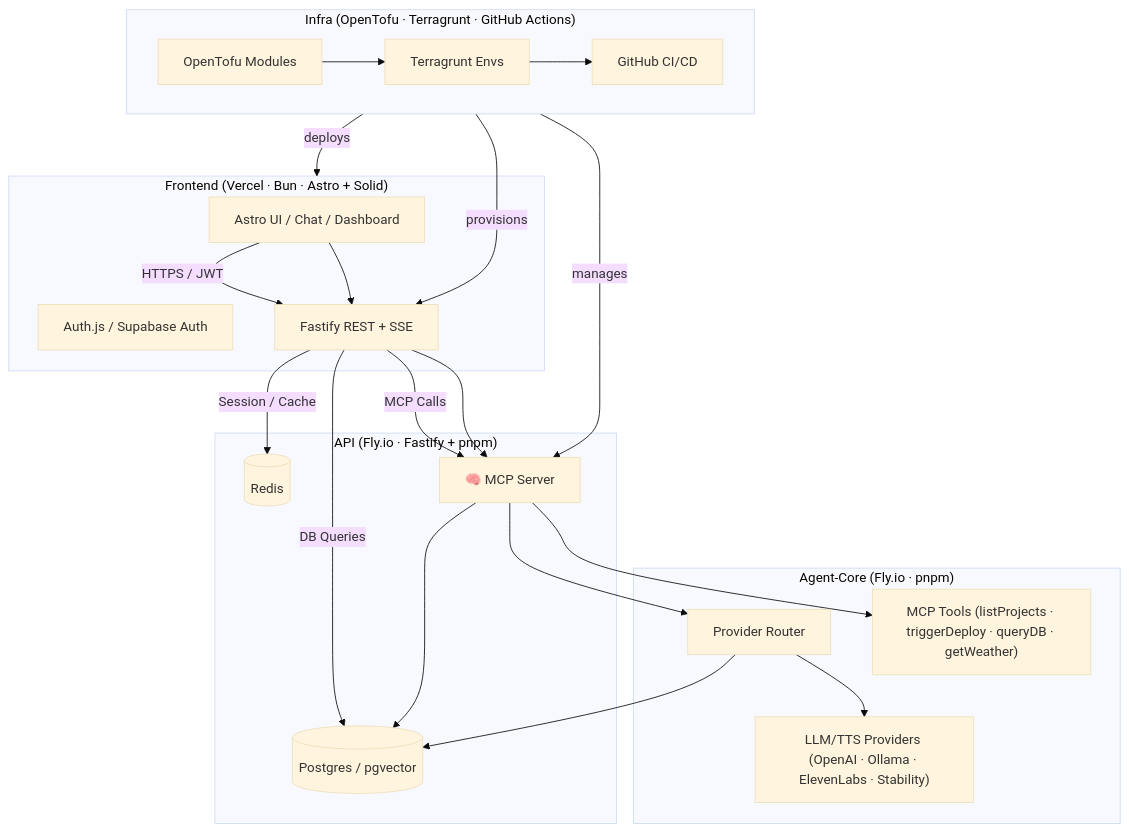
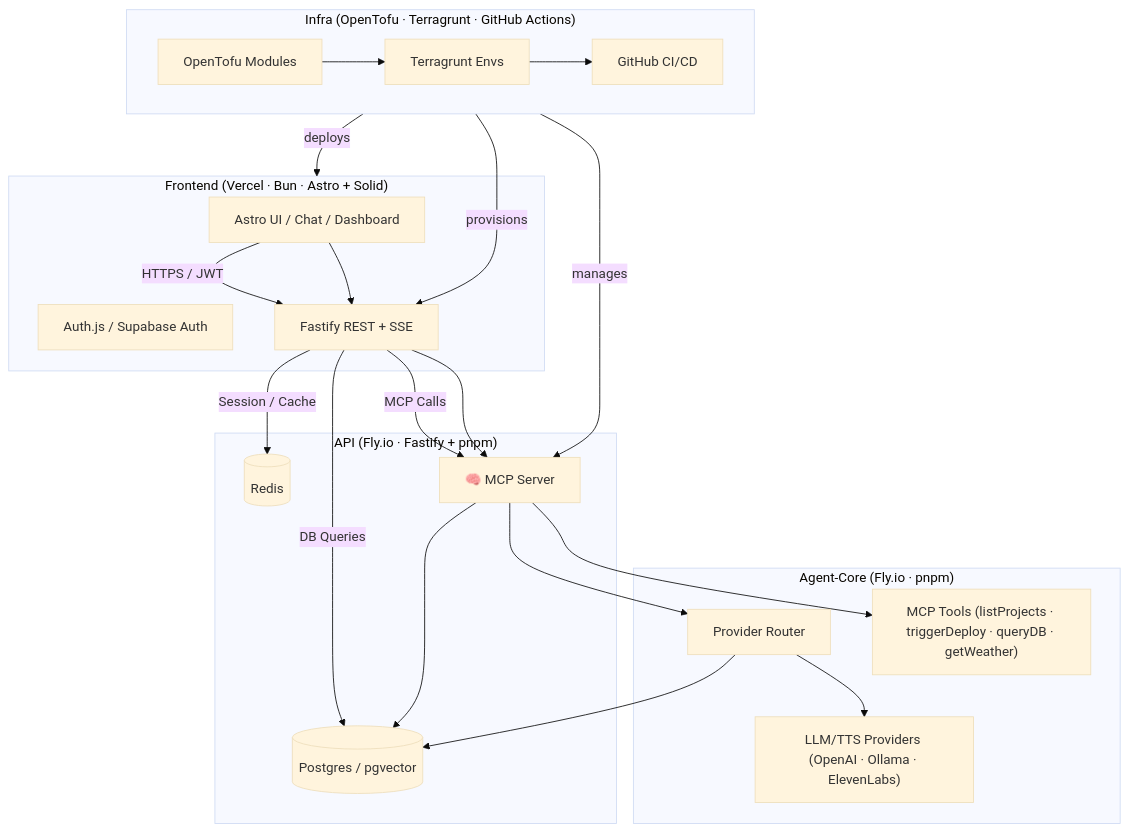
The diagram in docs/architecture.md (LevelNine-Services/levelnine-blueprint), drawn with Mermaid (base theme) before and after one commit. The commit also changed other lines of this file and 1 other file, not shown here.

Commit message:
chore: drop stability provider references

````diff
--- a/docs/architecture.md
+++ b/docs/architecture.md
@@ -9,41 +9,41 @@
 ```mermaid
 flowchart TD
     subgraph CLIENT["Frontend (Vercel · Bun · Astro + Solid)"]
       UI[Astro UI / Chat / Dashboard]
       AUTH[Auth.js / Supabase Auth]
       UI -->|"HTTPS / JWT"| API
     end
 
     subgraph API_LAYER["API (Fly.io · Fastify + pnpm)"]
       API[Fastify REST + SSE]
       DB[(Postgres / pgvector)]
       CACHE[(Redis)]
       API -->|"DB Queries"| DB
       API -->|"Session / Cache"| CACHE
       API -->|"MCP Calls"| MCP
     end
 
     subgraph AI_CORE["Agent-Core (Fly.io · pnpm)"]
       MCP["🧠 MCP Server"]
       ROUTER["Provider Router"]
       TOOLS["MCP Tools (listProjects · triggerDeploy · queryDB · getWeather)"]
-      PROVIDERS["LLM/TTS Providers (OpenAI · Ollama · ElevenLabs · Stability)"]
+      PROVIDERS["LLM/TTS Providers (OpenAI · Ollama · ElevenLabs)"]
       MCP --> ROUTER --> PROVIDERS
       ROUTER --> DB
       MCP --> TOOLS
     end
 
     subgraph INFRA["Infra (OpenTofu · Terragrunt · GitHub Actions)"]
       TOFU[OpenTofu Modules]
       TERR[Terragrunt Envs]
       GH[GitHub CI/CD]
       TOFU --> TERR --> GH
     end
 
     UI --> API
     API --> MCP
     MCP --> DB
     INFRA -->|provisions| API
     INFRA -->|manages| MCP
     INFRA -->|deploys| CLIENT
 ```
````
